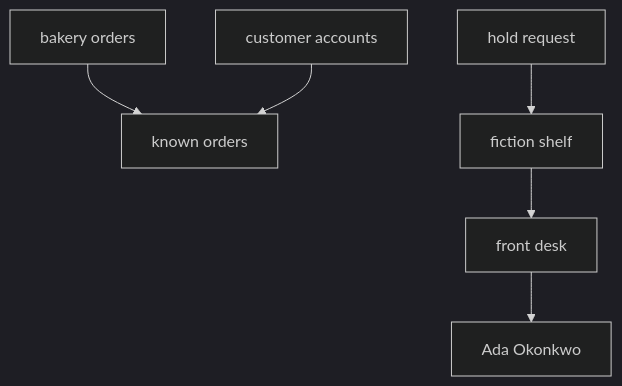
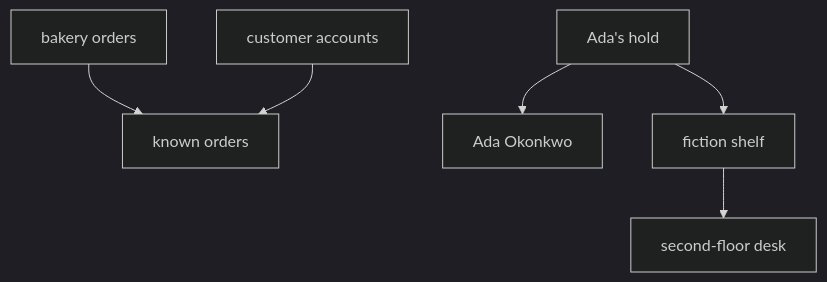
The diagram in dqlrs-web/examples/joins/README.md (jspreddy/dql), drawn with Mermaid (dark theme) before and after one commit. The commit also changed other lines of this file and 1 other file, not shown here.

Commit message:
docs(examples): join a library hold to its shelf and desk
A request names the patron and the shelf. The shelf floor names the desk, instead of a next_stop chain.

````diff
--- a/dqlrs-web/examples/joins/README.md
+++ b/dqlrs-web/examples/joins/README.md
@@ -20,15 +20,15 @@
 ```mermaid
 flowchart TD
   orders["bakery orders"]
   accounts["customer accounts"]
   known["known orders"]
-  requests["hold request"]
+  requests["Ada's hold"]
+  patrons["Ada Okonkwo"]
   shelves["fiction shelf"]
-  desks["front desk"]
-  patrons["Ada Okonkwo"]
+  desks["second-floor desk"]
   orders --> known
   accounts --> known
+  requests --> patrons
   requests --> shelves
   shelves --> desks
-  desks --> patrons
 ```
````
